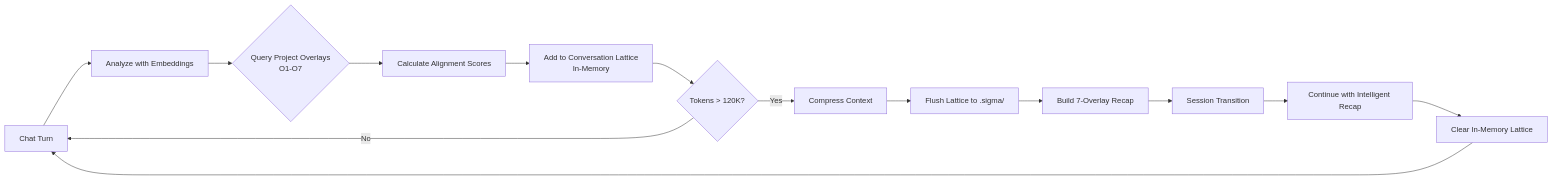
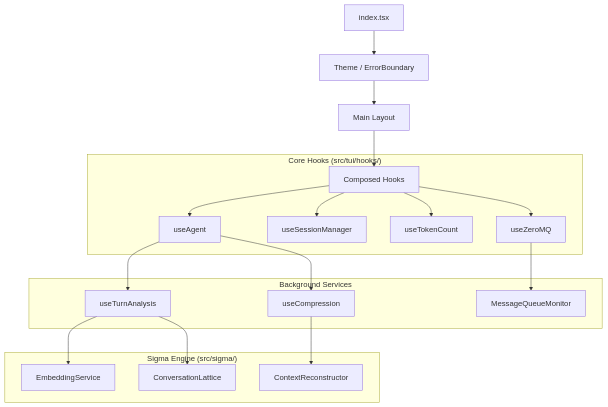
Before and after one commit to mirzahusadzic/cogx: the diagram in src/cognition-cli/src/tui/README.md, drawn with Mermaid. The commit also changed other lines of this file and 1 other file, not shown here.

Commit message:
docs: modernize tui readme and add ipc documentation

````diff
--- a/src/cognition-cli/src/tui/README.md
+++ b/src/cognition-cli/src/tui/README.md
@@ -101,16 +41,26 @@
 ```mermaid
-graph LR
-    A[Chat Turn] --> B[Analyze with Embeddings]
-    B --> C{Query Project Overlays<br/>O1-O7}
-    C --> D[Calculate Alignment Scores]
-    D --> E[Add to Conversation Lattice<br/>In-Memory]
-    E --> F{Tokens > 120K?}
-    F -->|No| A
-    F -->|Yes| G[Compress Context]
-    G --> H[Flush Lattice to .sigma/]
-    H --> I[Build 7-Overlay Recap]
-    I --> J[Session Transition]
-    J --> K[Continue with Intelligent Recap]
-    K --> L[Clear In-Memory Lattice]
-    L --> A
+graph TD
+    Root[index.tsx] --> Providers[Theme / ErrorBoundary]
+    Providers --> Layout[Main Layout]
+
+    Layout --> Hooks[Composed Hooks]
+
+    subgraph "Core Hooks (src/tui/hooks/)"
+        Hooks --> Agent[useAgent]
+        Hooks --> Session[useSessionManager]
+        Hooks --> Tokens[useTokenCount]
+        Hooks --> IPC[useZeroMQ]
+    end
+
+    subgraph "Background Services"
+        Agent --> Analysis[useTurnAnalysis]
+        Agent --> Compression[useCompression]
+        IPC --> MQ[MessageQueueMonitor]
+    end
+
+    subgraph "Sigma Engine (src/sigma/)"
+        Analysis --> Embed[EmbeddingService]
+        Analysis --> Lattice[ConversationLattice]
+        Compression --> Recap[ContextReconstructor]
+    end
 ```
````
